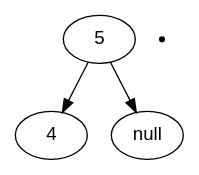
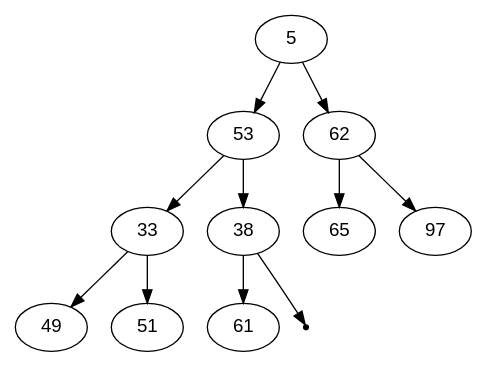
One commit to serena-yu17/VisualizeBinaryTree changed the diagram in VisualizeBinaryTree/tree.gv. Above: the diagram before and after it, drawn with Graphviz. The commit also changed 23 other files, not shown here.

```diff
--- a/VisualizeBinaryTree/tree.gv
+++ b/VisualizeBinaryTree/tree.gv
@@ -1,8 +1,24 @@
 digraph binaryTree {
     node [fontname="Arial"];
     node0 [label="5"];
-    node1 [label="4"];
+    node1 [label="53"];
     node0 -> node1;
-    null-2122331568 [shape=point, ];
-    node0 -> null-2122331568;
+    node2 [label="33"];
+    node1 -> node2;
+    node3 [label="49"];
+    node2 -> node3;
+    node4 [label="51"];
+    node2 -> node4;
+    node5 [label="38"];
+    node1 -> node5;
+    node6 [label="61"];
+    node5 -> node6;
+    null0 [shape=point, ];
+    node5 -> null0;
+    node7 [label="62"];
+    node0 -> node7;
+    node8 [label="65"];
+    node7 -> node8;
+    node9 [label="97"];
+    node7 -> node9;
 }
```
